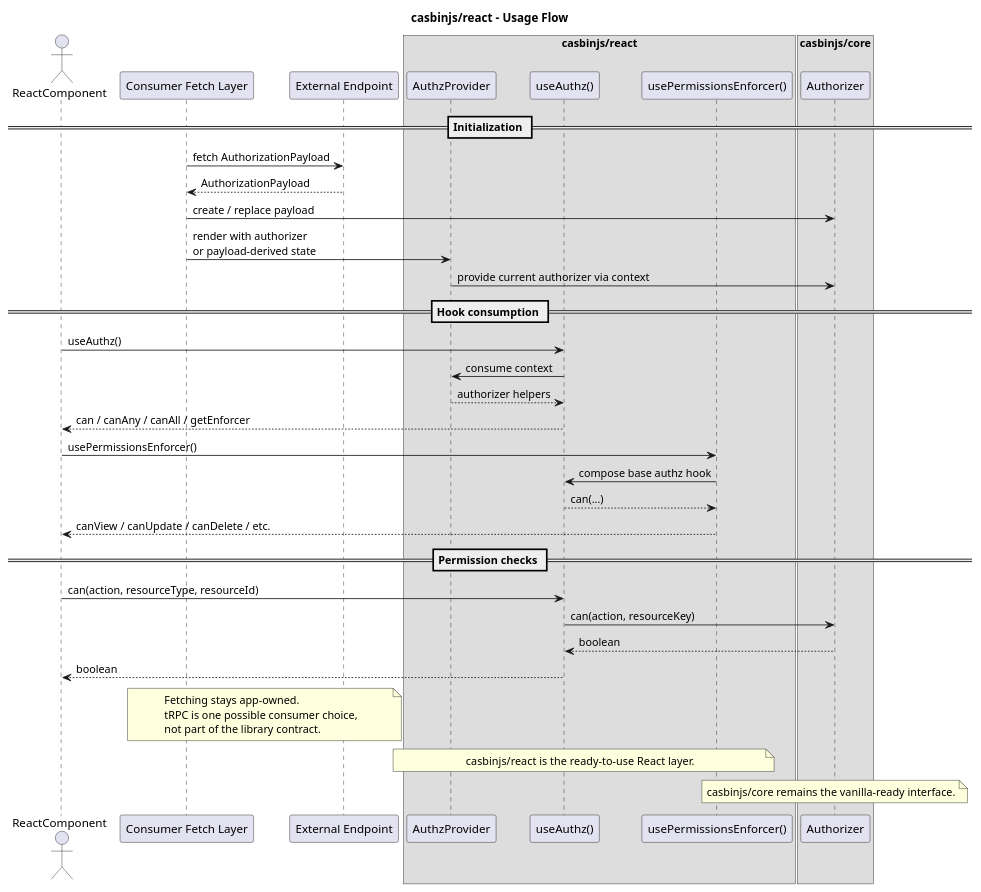
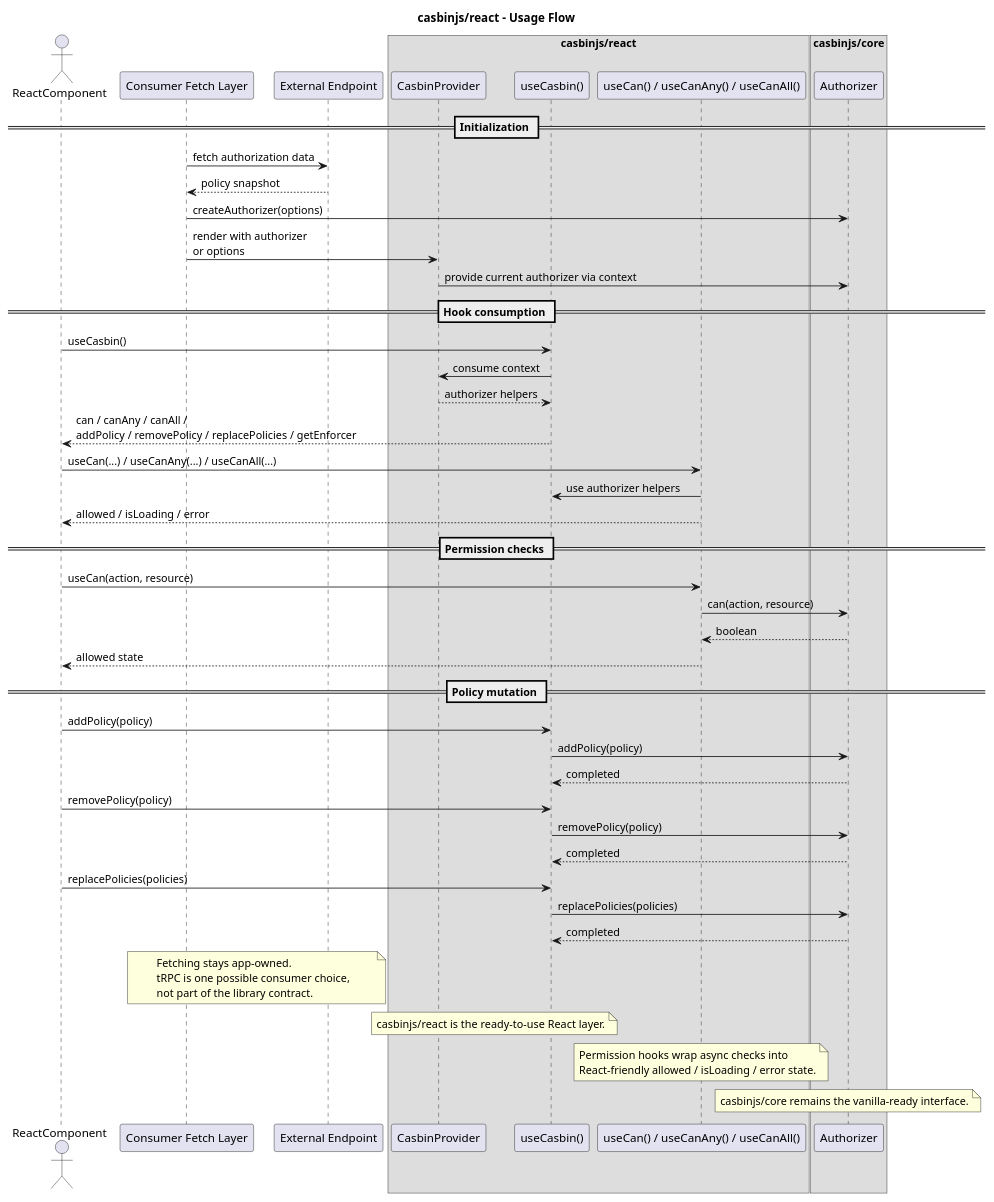
One commit to proveo-ca/casbinjs changed the diagram in _spec/react/usage.puml. Above: the diagram before and after it, drawn with PlantUML. The commit also changed 22 other files, not shown here.

```diff
--- a/_spec/react/usage.puml
+++ b/_spec/react/usage.puml
@@ -1,58 +1,76 @@
 @startuml
 title casbinjs/react - Usage Flow
 
 skinparam shadowing false
 
 actor ReactComponent as Component
 participant "Consumer Fetch Layer" as FetchLayer
 participant "External Endpoint" as Endpoint
 box "casbinjs/react"
-participant "AuthzProvider" as Provider
-participant "useAuthz()" as UseAuthz
-participant "usePermissionsEnforcer()" as UsePermissionsEnforcer
+participant "CasbinProvider" as Provider
+participant "useCasbin()" as UseCasbin
+participant "useCan() / useCanAny() / useCanAll()" as UsePermissionHooks
 end box
 box "casbinjs/core"
 participant "Authorizer" as Authorizer
 end box
 
 == Initialization ==
 
-FetchLayer -> Endpoint : fetch AuthorizationPayload
-Endpoint --> FetchLayer : AuthorizationPayload
-FetchLayer -> Authorizer : create / replace payload
-FetchLayer -> Provider : render with authorizer\nor payload-derived state
+FetchLayer -> Endpoint : fetch authorization data
+Endpoint --> FetchLayer : policy snapshot
+FetchLayer -> Authorizer : createAuthorizer(options)
+FetchLayer -> Provider : render with authorizer\nor options
 Provider -> Authorizer : provide current authorizer via context
 
 == Hook consumption ==
 
-Component -> UseAuthz : useAuthz()
-UseAuthz -> Provider : consume context
-Provider --> UseAuthz : authorizer helpers
-UseAuthz --> Component : can / canAny / canAll / getEnforcer
+Component -> UseCasbin : useCasbin()
+UseCasbin -> Provider : consume context
+Provider --> UseCasbin : authorizer helpers
+UseCasbin --> Component : can / canAny / canAll /\naddPolicy / removePolicy / replacePolicies / getEnforcer
 
-Component -> UsePermissionsEnforcer : usePermissionsEnforcer()
-UsePermissionsEnforcer -> UseAuthz : compose base authz hook
-UseAuthz --> UsePermissionsEnforcer : can(...)
-UsePermissionsEnforcer --> Component : canView / canUpdate / canDelete / etc.
+Component -> UsePermissionHooks : useCan(...) / useCanAny(...) / useCanAll(...)
+UsePermissionHooks -> UseCasbin : use authorizer helpers
+UsePermissionHooks --> Component : allowed / isLoading / error
 
 == Permission checks ==
 
-Component -> UseAuthz : can(action, resourceType, resourceId)
-UseAuthz -> Authorizer : can(action, resourceKey)
-Authorizer --> UseAuthz : boolean
-UseAuthz --> Component : boolean
+Component -> UsePermissionHooks : useCan(action, resource)
+UsePermissionHooks -> Authorizer : can(action, resource)
+Authorizer --> UsePermissionHooks : boolean
+UsePermissionHooks --> Component : allowed state
+
+== Policy mutation ==
+
+Component -> UseCasbin : addPolicy(policy)
+UseCasbin -> Authorizer : addPolicy(policy)
+Authorizer --> UseCasbin : completed
+
+Component -> UseCasbin : removePolicy(policy)
+UseCasbin -> Authorizer : removePolicy(policy)
+Authorizer --> UseCasbin : completed
+
+Component -> UseCasbin : replacePolicies(policies)
+UseCasbin -> Authorizer : replacePolicies(policies)
+Authorizer --> UseCasbin : completed
 
 note over FetchLayer,Endpoint
 Fetching stays app-owned.
 tRPC is one possible consumer choice,
 not part of the library contract.
 end note
 
-note over Provider,UsePermissionsEnforcer
+note over Provider,UseCasbin
 casbinjs/react is the ready-to-use React layer.
+end note
+
+note over UsePermissionHooks
+Permission hooks wrap async checks into
+React-friendly allowed / isLoading / error state.
 end note
 
 note over Authorizer
 casbinjs/core remains the vanilla-ready interface.
 end note
 @enduml
```
